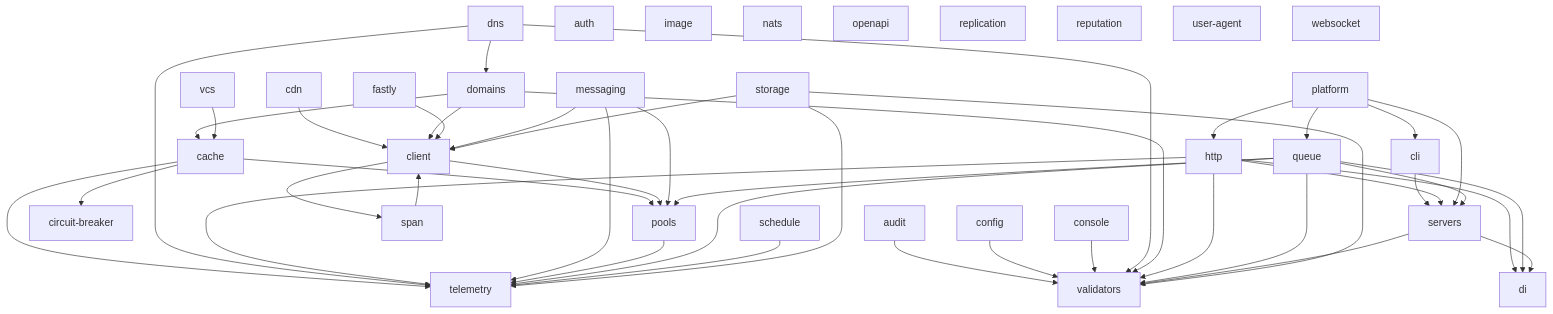
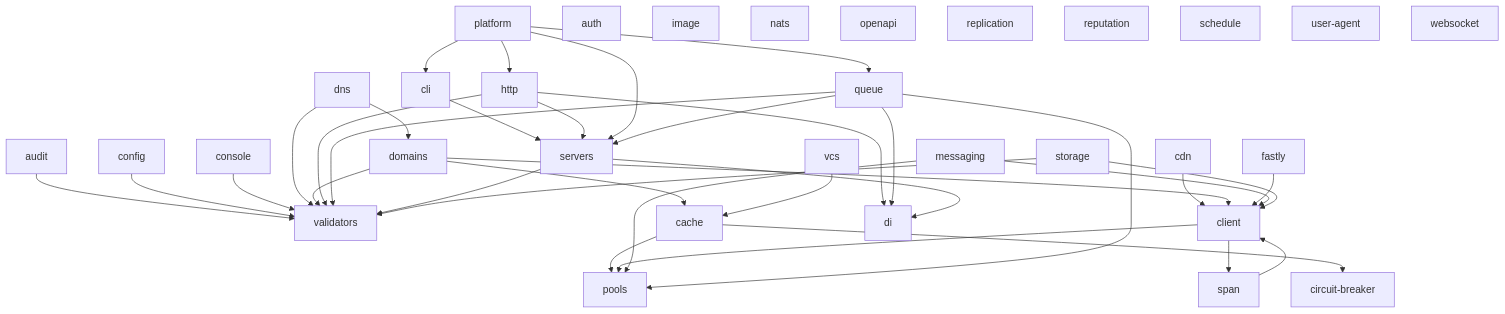
Before and after one commit to Neekoras/monorepo: the diagram in README.md, drawn with Mermaid. The commit also changed other lines of this file and 26 other files, not shown here.

````diff
--- a/README.md
+++ b/README.md
@@ -52,53 +52,46 @@
 ```mermaid
 graph TD
     audit --> validators
     cache --> circuit-breaker
     cache --> pools
-    cache --> telemetry
     cdn --> client
     cli --> servers
     client --> pools
     client --> span
     config --> validators
     console --> validators
-    dns --> telemetry
     dns --> validators
     dns --> domains
     domains --> client
     domains --> validators
     domains --> cache
     fastly --> client
     http --> di
     http --> servers
-    http --> telemetry
     http --> validators
     messaging --> client
     messaging --> pools
-    messaging --> telemetry
     platform --> cli
     platform --> http
     platform --> queue
     platform --> servers
-    pools --> telemetry
     queue --> di
     queue --> servers
     queue --> pools
-    queue --> telemetry
     queue --> validators
-    schedule --> telemetry
     servers --> di
     servers --> validators
     span --> client
-    storage --> telemetry
     storage --> validators
     storage --> client
     vcs --> cache
     auth
     image
     nats
     openapi
     replication
     reputation
+    schedule
     user-agent
     websocket
 ```
````
